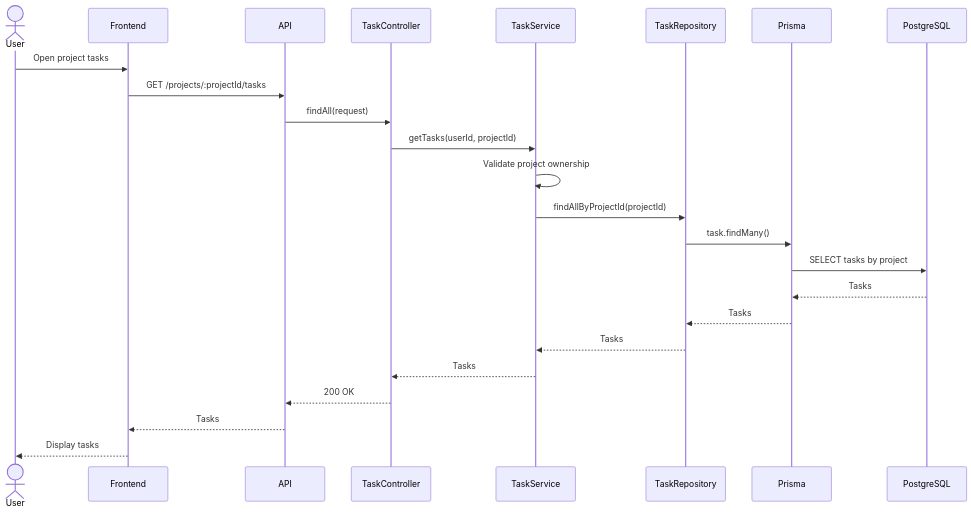
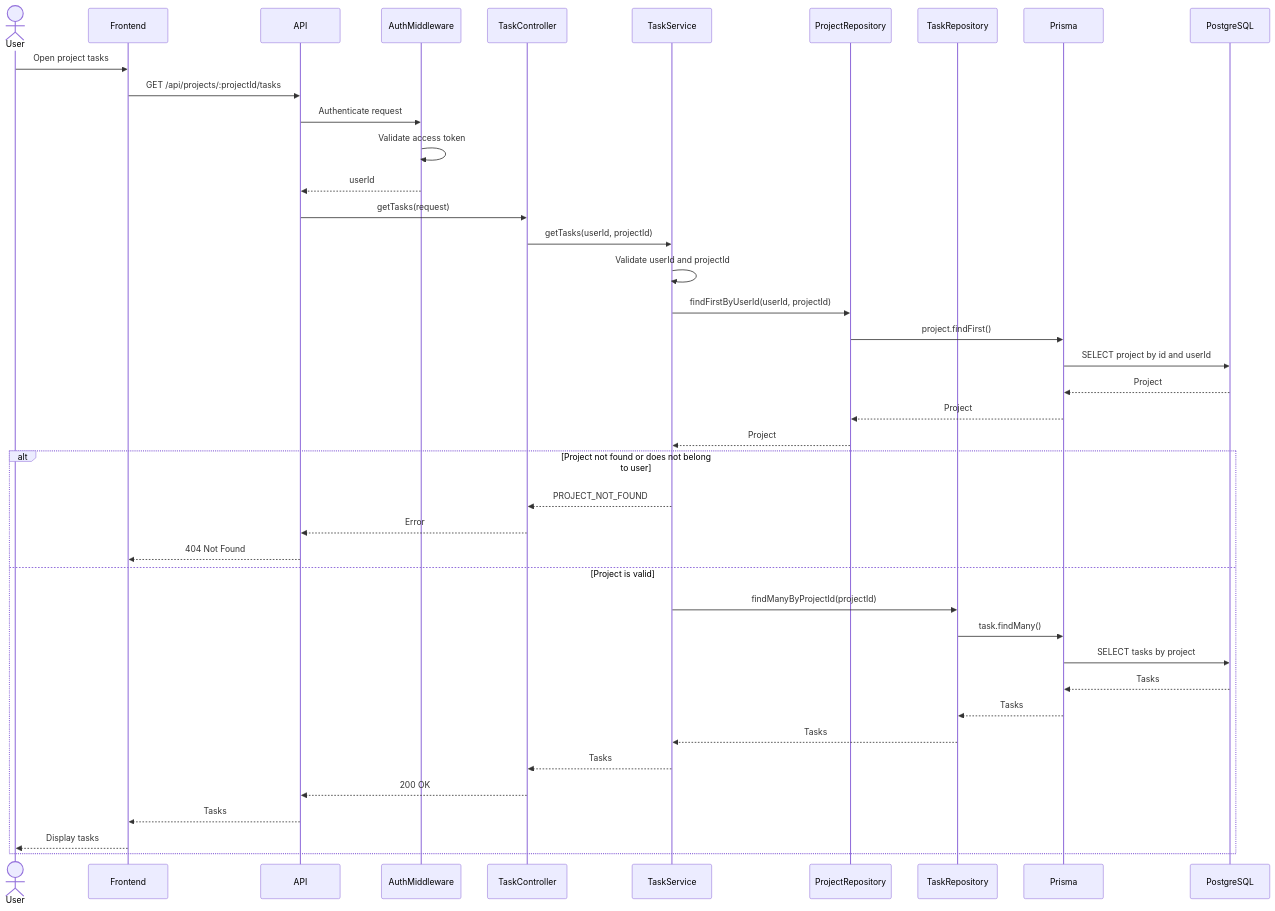
One commit to davihenriquedev1/prodixus changed the first of 2 diagrams in docs/diagrams/sequence-diagrams/task/get.md. Above: the diagram before and after it, drawn with Mermaid. The commit also changed other lines of this file and 5 other files, not shown here.

````diff
--- a/docs/diagrams/sequence-diagrams/task/get.md
+++ b/docs/diagrams/sequence-diagrams/task/get.md
@@ -5,49 +5,49 @@
 ```mermaid
 sequenceDiagram
-
     actor User
-
     participant Frontend
-
     participant API
-
+    participant AuthMiddleware
     participant TaskController
-
     participant TaskService
-
+    participant ProjectRepository
     participant TaskRepository
-
     participant Prisma
-
     participant PostgreSQL
 
     User->>Frontend: Open project tasks
+    Frontend->>API: GET /api/projects/:projectId/tasks
+    API->>AuthMiddleware: Authenticate request
+    AuthMiddleware->>AuthMiddleware: Validate access token
+    AuthMiddleware-->>API: userId
 
-    Frontend->>API: GET /projects/:projectId/tasks
-
-    API->>TaskController: findAll(request)
-
+    API->>TaskController: getTasks(request)
     TaskController->>TaskService: getTasks(userId, projectId)
 
-    TaskService->>TaskService: Validate project ownership
+    TaskService->>TaskService: Validate userId and projectId
 
-    TaskService->>TaskRepository: findAllByProjectId(projectId)
+    TaskService->>ProjectRepository: findFirstByUserId(userId, projectId)
+    ProjectRepository->>Prisma: project.findFirst()
+    Prisma->>PostgreSQL: SELECT project by id and userId
+    PostgreSQL-->>Prisma: Project
+    Prisma-->>ProjectRepository: Project
+    ProjectRepository-->>TaskService: Project
 
-    TaskRepository->>Prisma: task.findMany()
+    alt Project not found or does not belong to user
+        TaskService-->>TaskController: PROJECT_NOT_FOUND
+        TaskController-->>API: Error
+        API-->>Frontend: 404 Not Found
+    else Project is valid
+        TaskService->>TaskRepository: findManyByProjectId(projectId)
+        TaskRepository->>Prisma: task.findMany()
+        Prisma->>PostgreSQL: SELECT tasks by project
+        PostgreSQL-->>Prisma: Tasks
+        Prisma-->>TaskRepository: Tasks
+        TaskRepository-->>TaskService: Tasks
 
-    Prisma->>PostgreSQL: SELECT tasks by project
-
-    PostgreSQL-->>Prisma: Tasks
-
-    Prisma-->>TaskRepository: Tasks
-
-    TaskRepository-->>TaskService: Tasks
-
-    TaskService-->>TaskController: Tasks
-
-    TaskController-->>API: 200 OK
-
-    API-->>Frontend: Tasks
-
-    Frontend-->>User: Display tasks
+        TaskService-->>TaskController: Tasks
+        TaskController-->>API: 200 OK
+        API-->>Frontend: Tasks
+        Frontend-->>User: Display tasks
+    end
 ```
````
